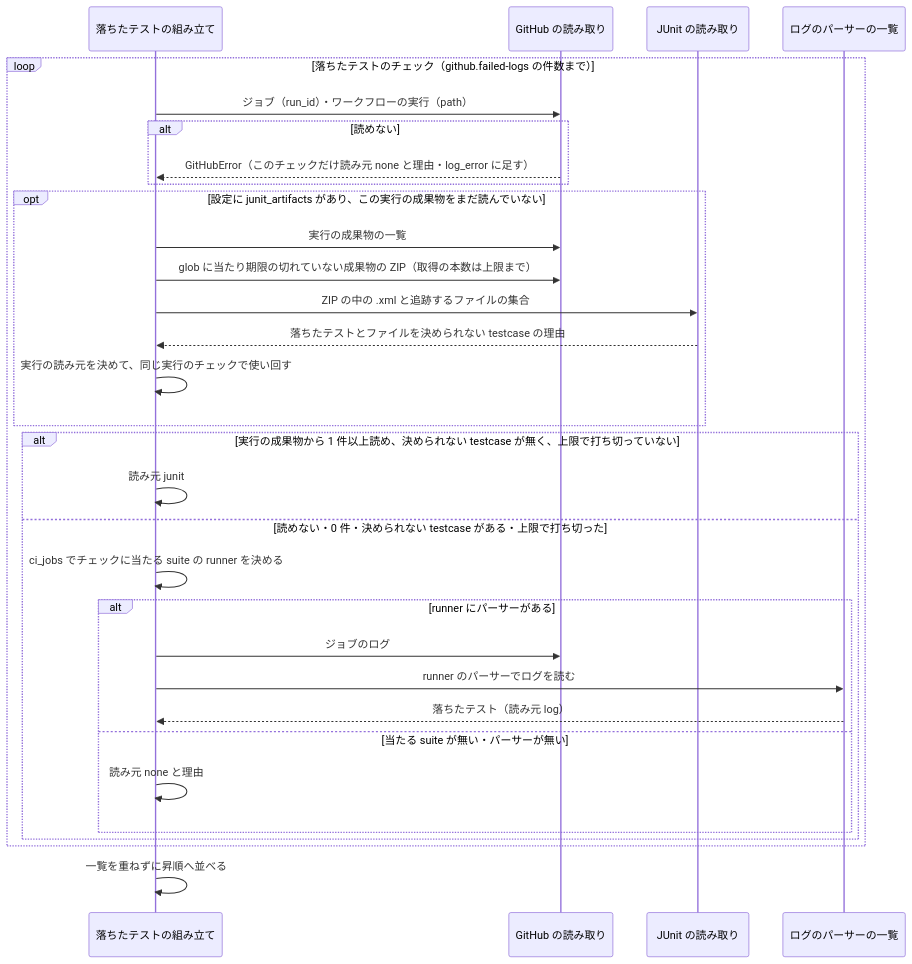
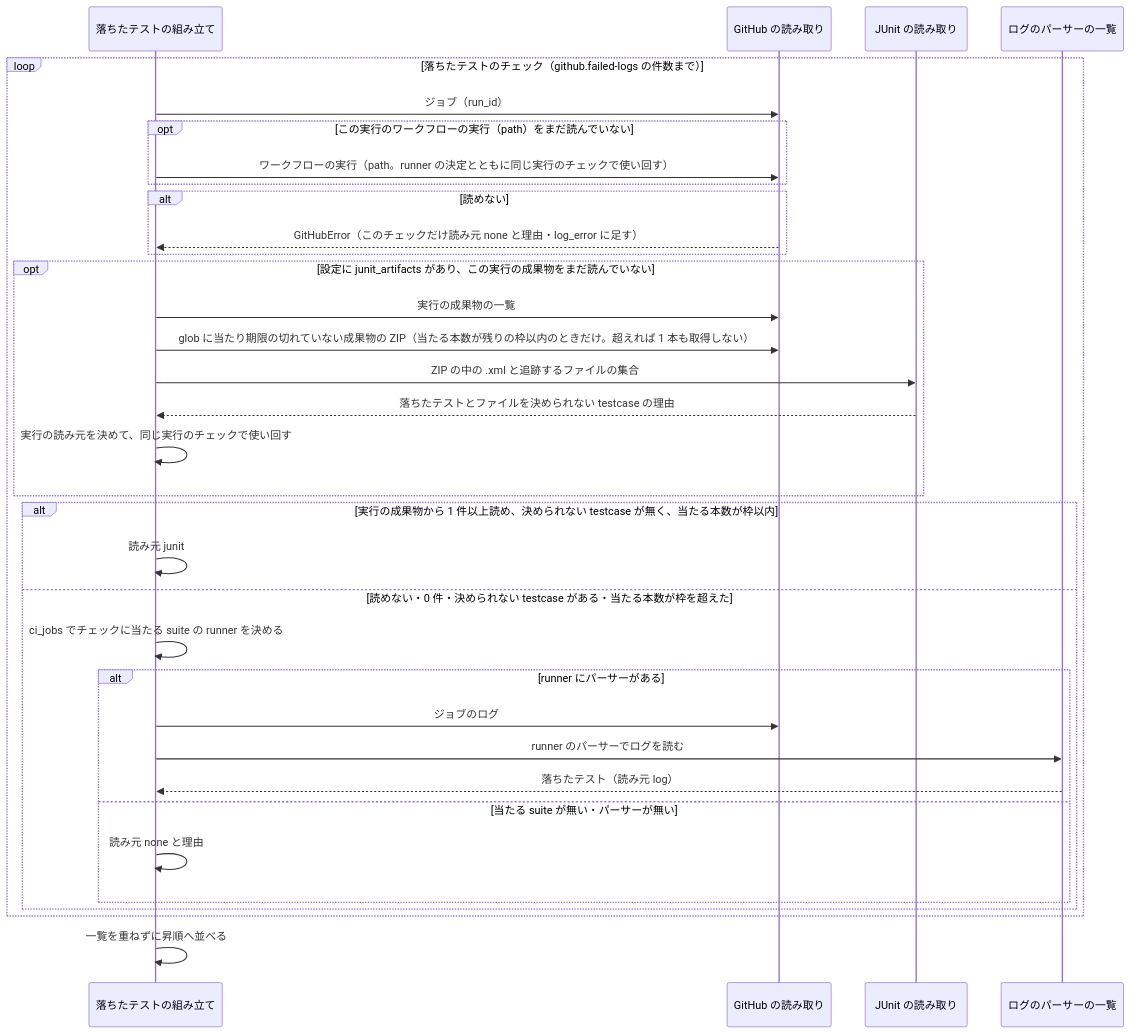
Before and after one commit to devbasex/ai-plugins: the fourth of 5 diagrams in issues/issue-3616-design.md, drawn with Mermaid. The commit also changed other lines of this file and 1 other file, not shown here.

````diff
--- a/issues/issue-3616-design.md
+++ b/issues/issue-3616-design.md
@@ -348,33 +348,36 @@
 ```mermaid
 sequenceDiagram
     participant 組 as 落ちたテストの組み立て
     participant GH as GitHub の読み取り
     participant J as JUnit の読み取り
     participant P as ログのパーサーの一覧
     loop 落ちたテストのチェック（github.failed-logs の件数まで）
-        組->>GH: ジョブ（run_id）・ワークフローの実行（path）
+        組->>GH: ジョブ（run_id）
+        opt この実行のワークフローの実行（path）をまだ読んでいない
+            組->>GH: ワークフローの実行（path。runner の決定とともに同じ実行のチェックで使い回す）
+        end
         alt 読めない
             GH-->>組: GitHubError（このチェックだけ読み元 none と理由・log_error に足す）
         end
         opt 設定に junit_artifacts があり、この実行の成果物をまだ読んでいない
             組->>GH: 実行の成果物の一覧
-            組->>GH: glob に当たり期限の切れていない成果物の ZIP（取得の本数は上限まで）
+            組->>GH: glob に当たり期限の切れていない成果物の ZIP（当たる本数が残りの枠以内のときだけ。超えれば 1 本も取得しない）
             組->>J: ZIP の中の .xml と追跡するファイルの集合
             J-->>組: 落ちたテストとファイルを決められない testcase の理由
             組->>組: 実行の読み元を決めて、同じ実行のチェックで使い回す
         end
-        alt 実行の成果物から 1 件以上読め、決められない testcase が無く、上限で打ち切っていない
+        alt 実行の成果物から 1 件以上読め、決められない testcase が無く、当たる本数が枠以内
             組->>組: 読み元 junit
-        else 読めない・0 件・決められない testcase がある・上限で打ち切った
+        else 読めない・0 件・決められない testcase がある・当たる本数が枠を超えた
             組->>組: ci_jobs でチェックに当たる suite の runner を決める
             alt runner にパーサーがある
                 組->>GH: ジョブのログ
                 組->>P: runner のパーサーでログを読む
                 P-->>組: 落ちたテスト（読み元 log）
             else 当たる suite が無い・パーサーが無い
                 組->>組: 読み元 none と理由
             end
         end
     end
     組->>組: 一覧を重ねずに昇順へ並べる
 ```
````
